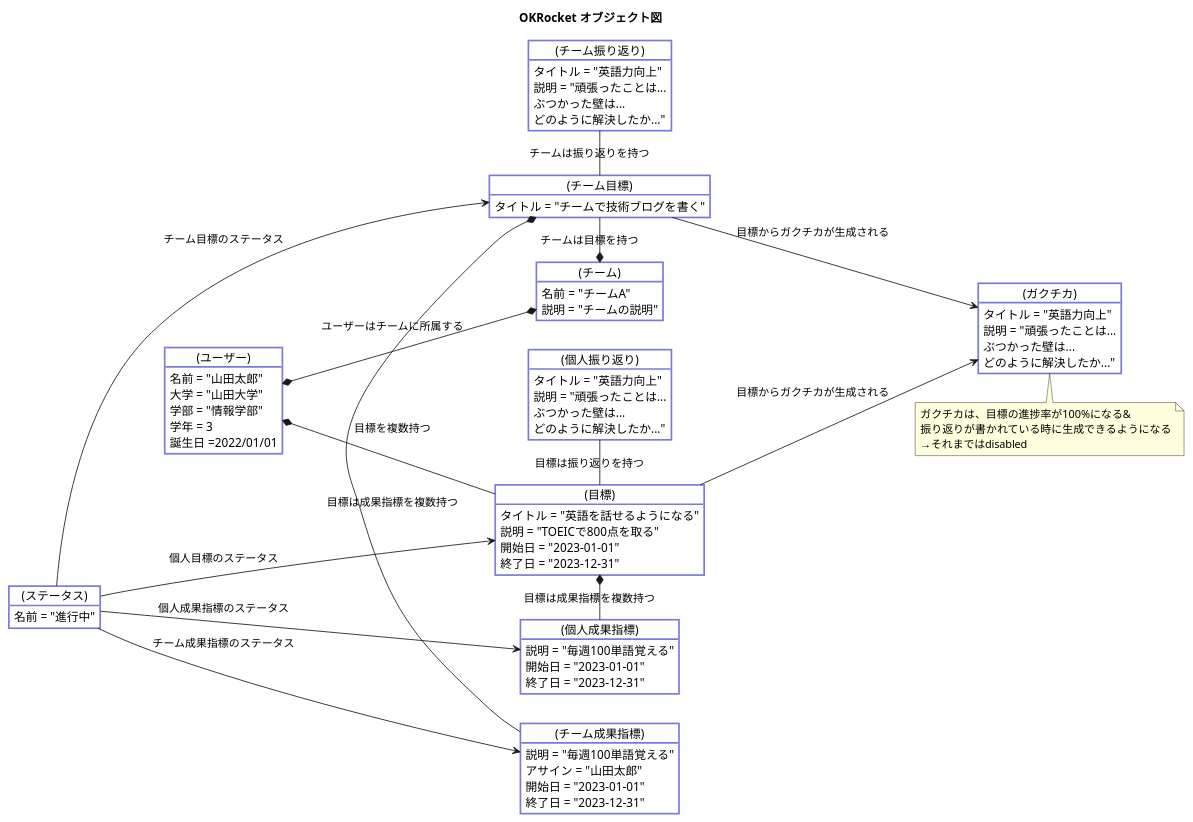
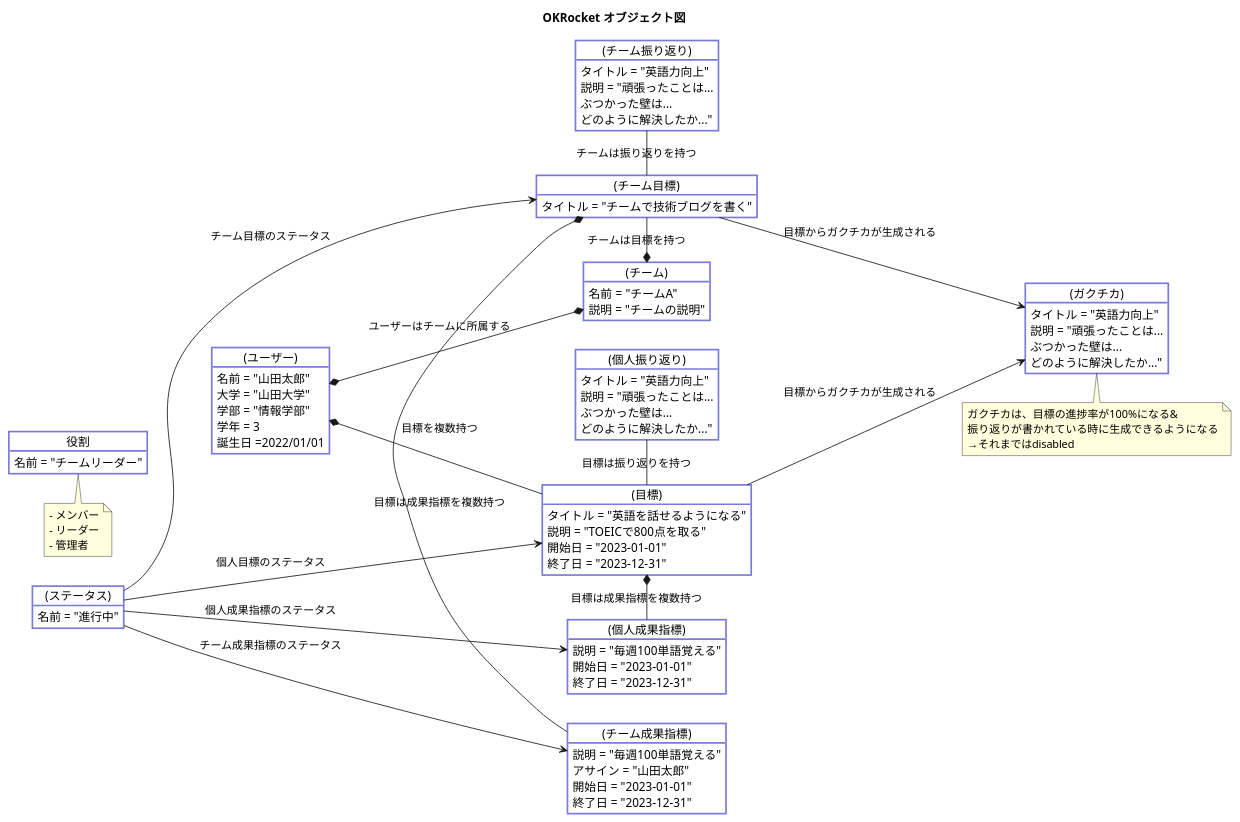
One commit to Yuma-Tsukakoshi/OKRocket changed the diagram in docs/3-object/ALLObjective.pu. Above: the diagram before and after it, drawn with PlantUML. The commit also changed 2 other files, not shown here.

```diff
--- a/docs/3-object/ALLObjective.pu
+++ b/docs/3-object/ALLObjective.pu
@@ -1,93 +1,102 @@
 @startuml
 title OKRocket オブジェクト図
 
 left to right direction
 
 skinparam object {
   BackgroundColor #ffffff
   BorderColor #7a7adb
   FontColor #000000
   BorderThickness 2
 }
 
 object "(ユーザー)" as User {
   名前 = "山田太郎"
   大学 = "山田大学"
   学部 = "情報学部"
   学年 = 3
   誕生日 =2022/01/01
 }
+
+object "役割" as Role {
+  名前 = "チームリーダー"
+}
+note bottom of Role
+  - メンバー
+  - リーダー
+  - 管理者
+end note
 
 object "(目標)" as Objective {
   タイトル = "英語を話せるようになる"
   説明 = "TOEICで800点を取る"
   開始日 = "2023-01-01"
   終了日 = "2023-12-31"
 }
 
 object "(個人成果指標)" as KeyResult {
   説明 = "毎週100単語覚える"
   開始日 = "2023-01-01"
   終了日 = "2023-12-31"
 }
 
 object "(チーム成果指標)" as TeamKeyResult {
   説明 = "毎週100単語覚える"
   アサイン = "山田太郎"
   開始日 = "2023-01-01"
   終了日 = "2023-12-31"
 }
 
 object "(個人振り返り)" as Reflection {
   タイトル = "英語力向上"
   説明 = "頑張ったことは...\nぶつかった壁は...\nどのように解決したか..."
 }
 object "(チーム振り返り)" as TeamReflection {
   タイトル = "英語力向上"
   説明 = "頑張ったことは...\nぶつかった壁は...\nどのように解決したか..."
 }
 
 object "(ガクチカ)" as Gakutika {
   タイトル = "英語力向上"
   説明 = "頑張ったことは...\nぶつかった壁は...\nどのように解決したか..."
 }
 note bottom of Gakutika
   ガクチカは、目標の進捗率が100%になる&
   振り返りが書かれている時に生成できるようになる
   →それまではdisabled
 end note
 
 
 object "(チーム)" as Team {
   名前 = "チームA"
   説明 = "チームの説明"
 }
 
 object "(チーム目標)" as TeamObjective {
   タイトル = "チームで技術ブログを書く"
 }
 
 object "(ステータス)" as Status {
   名前 = "進行中"
 }
 
 User *--* Team : "ユーザーはチームに所属する"
 
 Objective -up-* User : "目標を複数持つ"
 Objective *- KeyResult : "目標は成果指標を複数持つ"
 Objective -left- Reflection : "目標は振り返りを持つ"
 
 TeamObjective -* Team : "チームは目標を持つ"
 TeamObjective *-  TeamKeyResult : "目標は成果指標を複数持つ"
 TeamObjective -left- TeamReflection : "チームは振り返りを持つ"
 
 Objective --> Gakutika : "目標からガクチカが生成される"
 TeamObjective --> Gakutika : "目標からガクチカが生成される"
 
 Status ---> TeamObjective : "チーム目標のステータス"
 Status ---> Objective : "個人目標のステータス"
 Status ---> KeyResult : "個人成果指標のステータス"
 Status ---> TeamKeyResult : "チーム成果指標のステータス"
 
 
 @enduml
```
